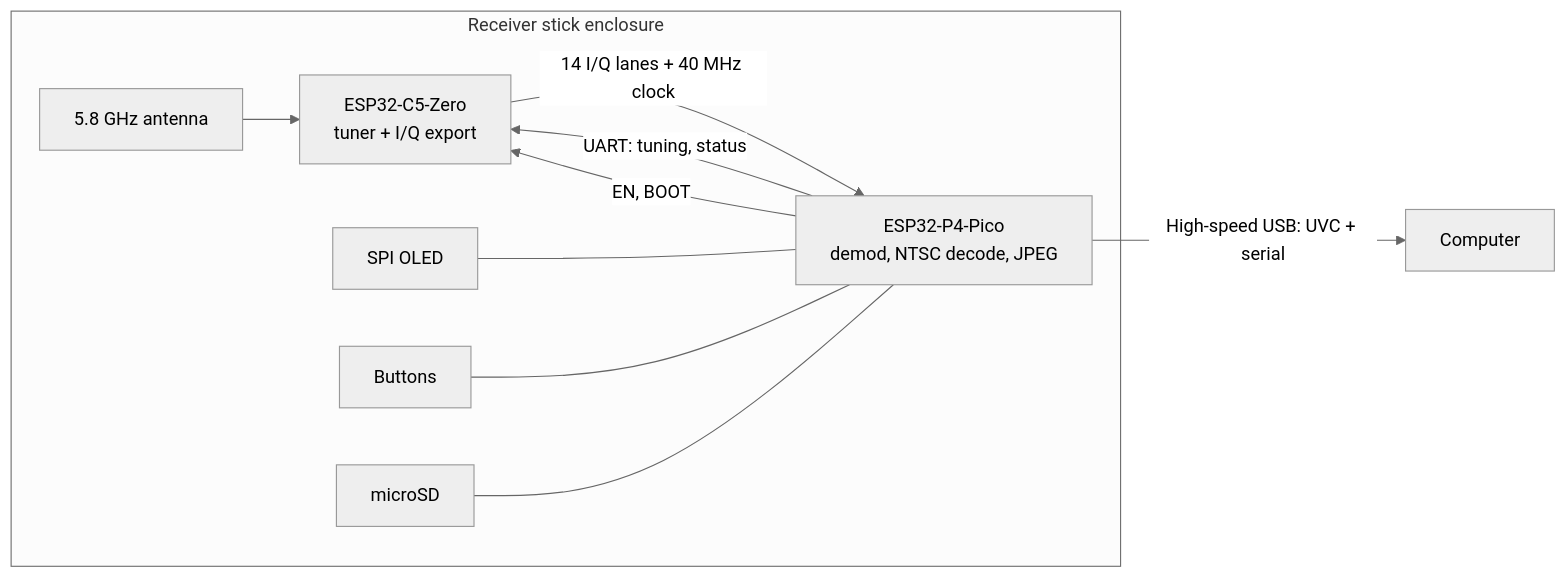
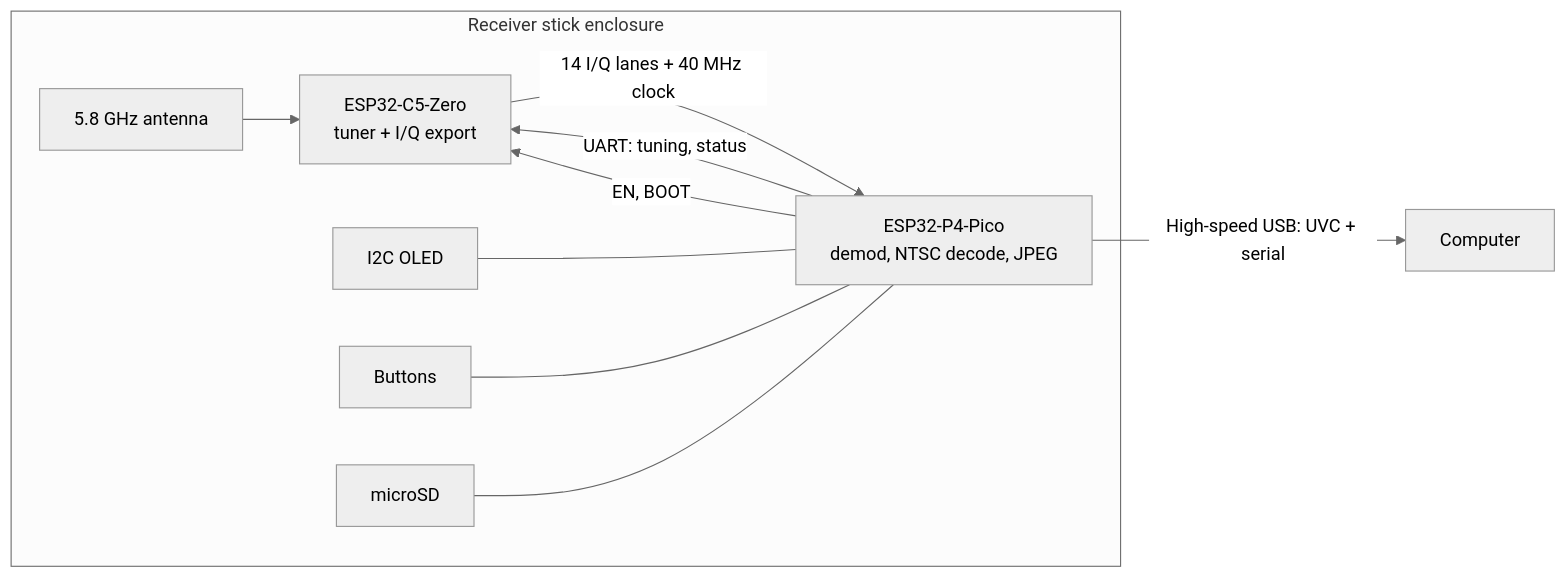
Before and after one commit to zerowidth/C5VRX: the diagram in docs/p4-receiver-plan.md, drawn with Mermaid (neutral theme). The commit also changed other lines of this file, not shown here.

Commit message:
plan the receiver's buttons and 128x32 OLED

````diff
--- a/docs/p4-receiver-plan.md
+++ b/docs/p4-receiver-plan.md
@@ -11,13 +11,13 @@
 ```mermaid
 flowchart LR
     subgraph stick["Receiver stick enclosure"]
         ant["5.8 GHz antenna"] --> c5["ESP32-C5-Zero<br/>tuner + I/Q export"]
         c5 -- "14 I/Q lanes + 40 MHz clock" --> p4["ESP32-P4-Pico<br/>demod, NTSC decode, JPEG"]
         p4 -- "UART: tuning, status" --> c5
         p4 -- "EN, BOOT" --> c5
-        oled["SPI OLED"] --- p4
+        oled["I2C OLED"] --- p4
         buttons["Buttons"] --- p4
         sd["microSD"] --- p4
     end
     p4 -- "High-speed USB: UVC + serial" --> host["Computer"]
 ```
````
